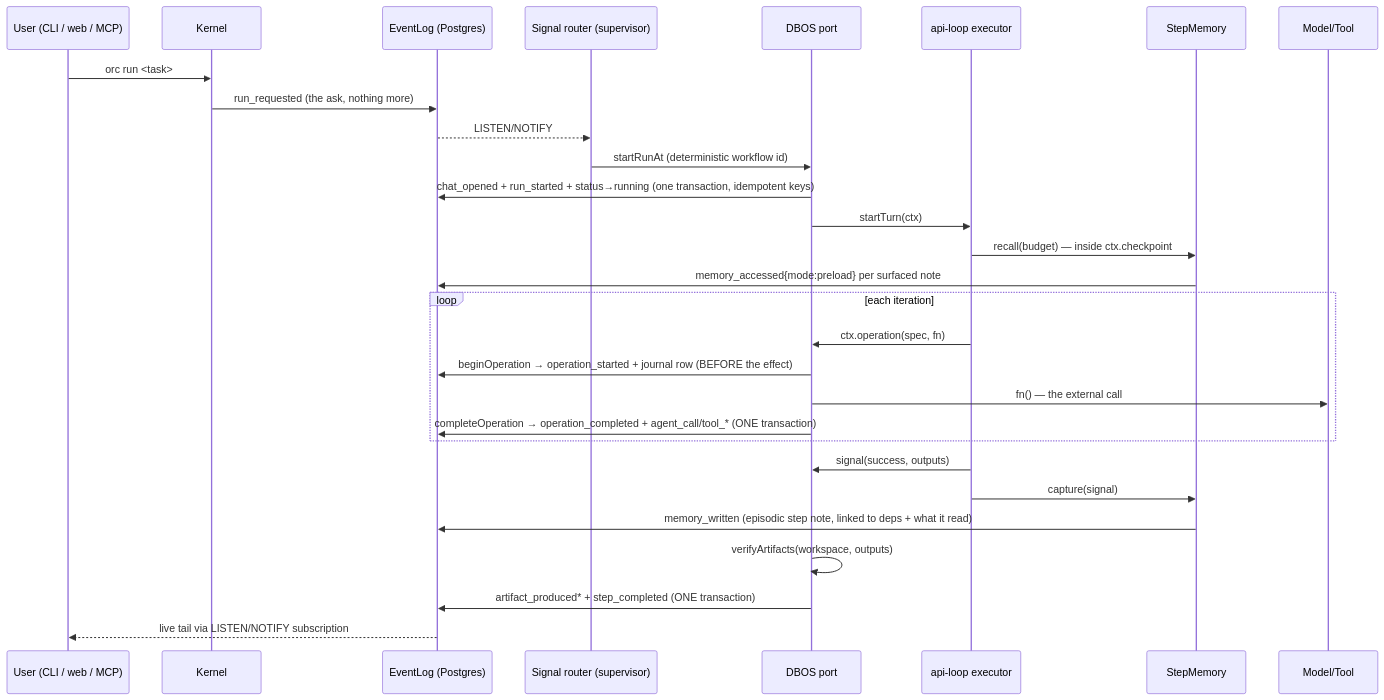
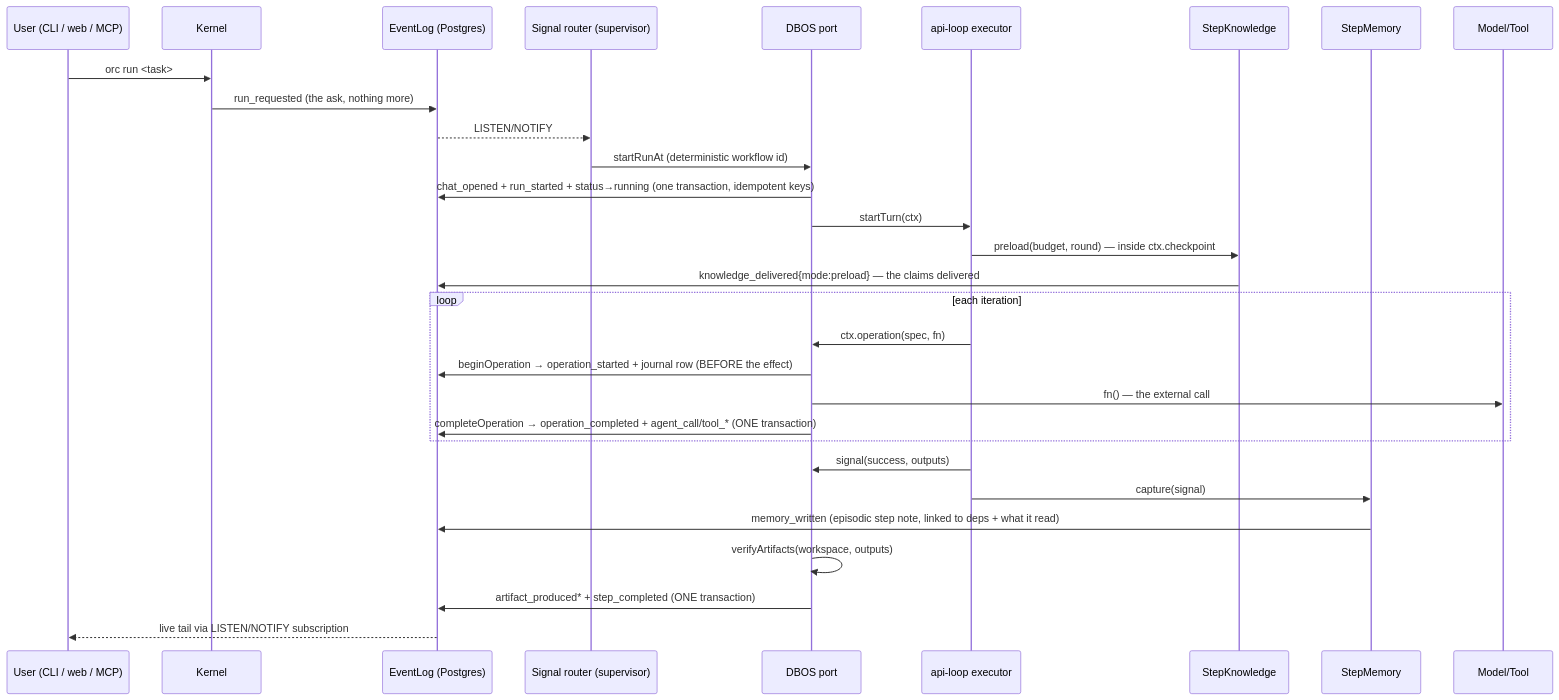
Before and after one commit to fetttttjoe/ORC: the sixth of 7 diagrams in docs/ARCHITECTURE.md, drawn with Mermaid. The commit also changed other lines of this file and 79 other files, not shown here.

Commit message:
feat(knowledge): a step's first prompt carries its claims, and one evidence fold feeds drift and stats

````diff
--- a/docs/ARCHITECTURE.md
+++ b/docs/ARCHITECTURE.md
@@ -616,32 +618,33 @@
 ```mermaid
 sequenceDiagram
   participant U as User (CLI / web / MCP)
   participant K as Kernel
   participant L as EventLog (Postgres)
   participant R as Signal router (supervisor)
   participant D as DBOS port
   participant X as api-loop executor
+  participant N as StepKnowledge
   participant Y as StepMemory
   participant M as Model/Tool
 
   U->>K: orc run <task>
   K->>L: run_requested (the ask, nothing more)
   L-->>R: LISTEN/NOTIFY
   R->>D: startRunAt (deterministic workflow id)
   D->>L: chat_opened + run_started + status→running (one transaction, idempotent keys)
   D->>X: startTurn(ctx)
-  X->>Y: recall(budget) — inside ctx.checkpoint
-  Y->>L: memory_accessed{mode:preload} per surfaced note
+  X->>N: preload(budget, round) — inside ctx.checkpoint
+  N->>L: knowledge_delivered{mode:preload} — the claims delivered
   loop each iteration
     X->>D: ctx.operation(spec, fn)
     D->>L: beginOperation → operation_started + journal row (BEFORE the effect)
     D->>M: fn() — the external call
     D->>L: completeOperation → operation_completed + agent_call/tool_* (ONE transaction)
   end
   X->>D: signal(success, outputs)
   X->>Y: capture(signal)
   Y->>L: memory_written (episodic step note, linked to deps + what it read)
   D->>D: verifyArtifacts(workspace, outputs)
   D->>L: artifact_produced* + step_completed (ONE transaction)
   L-->>U: live tail via LISTEN/NOTIFY subscription
 ```
````
